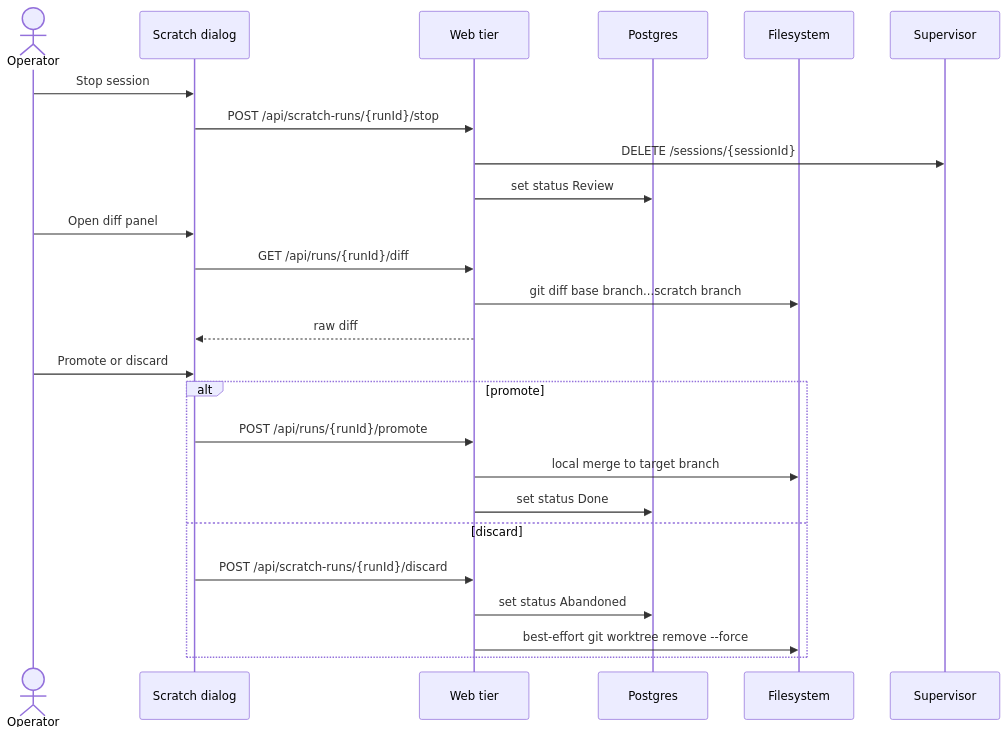
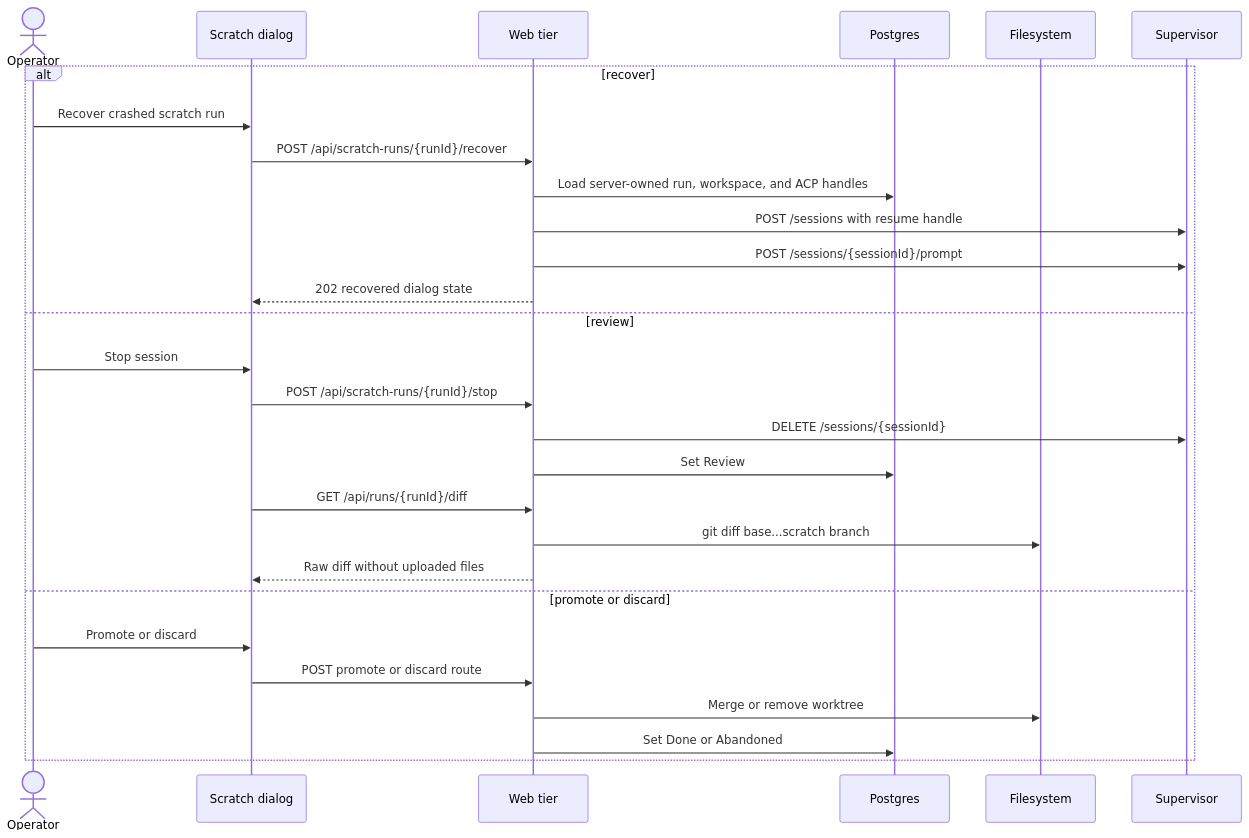
One commit to maister-dev/maister changed the fifth of 5 diagrams in docs/system-analytics/scratch-runs.md. Above: the diagram before and after it, drawn with Mermaid. The commit also changed other lines of this file and 46 other files, not shown here.

First line of the commit message:
feat: add scratch workspace launch dialogs

````diff
--- a/docs/system-analytics/scratch-runs.md
+++ b/docs/system-analytics/scratch-runs.md
@@ -238,28 +204,31 @@
 ```mermaid
 sequenceDiagram
     actor U as Operator
     participant UI as Scratch dialog
     participant W as Web tier
     participant DB as Postgres
     participant FS as Filesystem
     participant SV as Supervisor
 
-    U->>UI: Stop session
-    UI->>W: POST /api/scratch-runs/{runId}/stop
-    W->>SV: DELETE /sessions/{sessionId}
-    W->>DB: set status Review
-    U->>UI: Open diff panel
-    UI->>W: GET /api/runs/{runId}/diff
-    W->>FS: git diff base branch...scratch branch
-    W-->>UI: raw diff
-    U->>UI: Promote or discard
-    alt promote
-        UI->>W: POST /api/runs/{runId}/promote
-        W->>FS: local merge to target branch
-        W->>DB: set status Done
-    else discard
-        UI->>W: POST /api/scratch-runs/{runId}/discard
-        W->>DB: set status Abandoned
-        W->>FS: best-effort git worktree remove --force
+    alt recover
+        U->>UI: Recover crashed scratch run
+        UI->>W: POST /api/scratch-runs/{runId}/recover
+        W->>DB: Load server-owned run, workspace, and ACP handles
+        W->>SV: POST /sessions with resume handle
+        W->>SV: POST /sessions/{sessionId}/prompt
+        W-->>UI: 202 recovered dialog state
+    else review
+        U->>UI: Stop session
+        UI->>W: POST /api/scratch-runs/{runId}/stop
+        W->>SV: DELETE /sessions/{sessionId}
+        W->>DB: Set Review
+        UI->>W: GET /api/runs/{runId}/diff
+        W->>FS: git diff base...scratch branch
+        W-->>UI: Raw diff without uploaded files
+    else promote or discard
+        U->>UI: Promote or discard
+        UI->>W: POST promote or discard route
+        W->>FS: Merge or remove worktree
+        W->>DB: Set Done or Abandoned
     end
 ```
````
